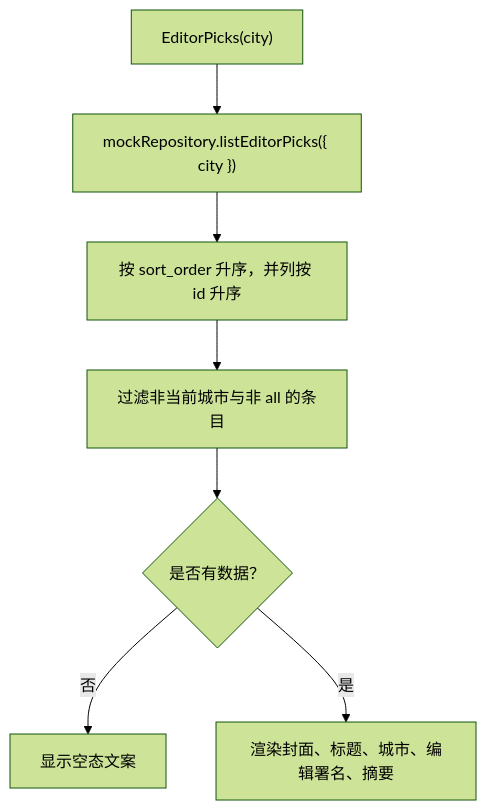
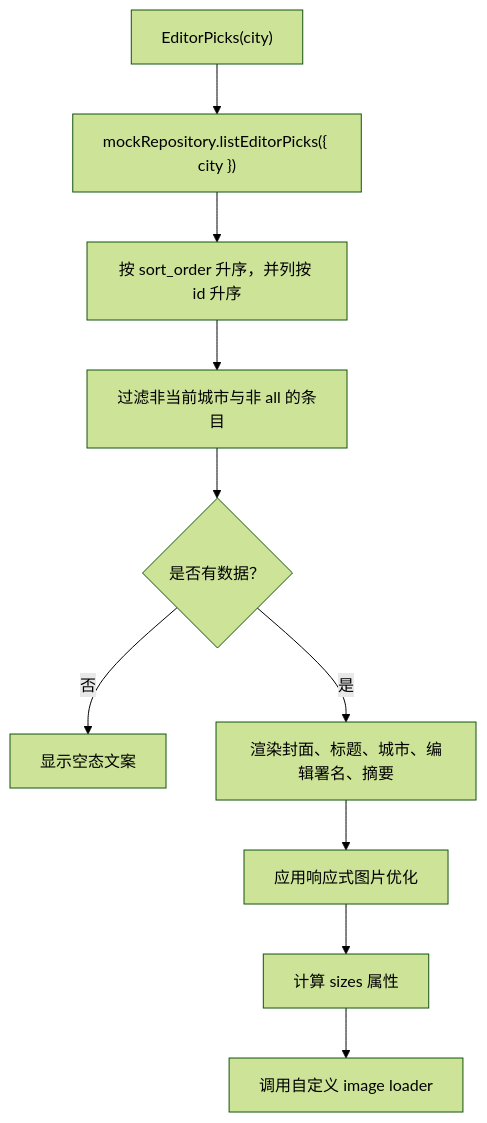
Before and after one commit to luyitiger6/my-first-project: the ninth of 12 diagrams in .qoder/repowiki/zh/content/规格驱动开发/WanderChain 首页规格文档.md, drawn with Mermaid (forest theme). The commit also changed other lines of this file and 32 other files, not shown here.

````diff
--- a/.qoder/repowiki/zh/content/规格驱动开发/WanderChain 首页规格文档.md
+++ b/.qoder/repowiki/zh/content/规格驱动开发/WanderChain 首页规格文档.md
@@ -325,9 +406,12 @@
 ```mermaid
 flowchart TD
 Start["EditorPicks(city)"] --> Fetch["mockRepository.listEditorPicks({ city })"]
 Fetch --> Sort["按 sort_order 升序，并列按 id 升序"]
 Sort --> Filter["过滤非当前城市与非 all 的条目"]
 Filter --> Empty{"是否有数据？"}
 Empty --> |否| ShowEmpty["显示空态文案"]
 Empty --> |是| RenderCards["渲染封面、标题、城市、编辑署名、摘要"]
+RenderCards --> ImageOpt["应用响应式图片优化"]
+ImageOpt --> Sizes["计算 sizes 属性"]
+Sizes --> Loader["调用自定义 image loader"]
 ```
````
